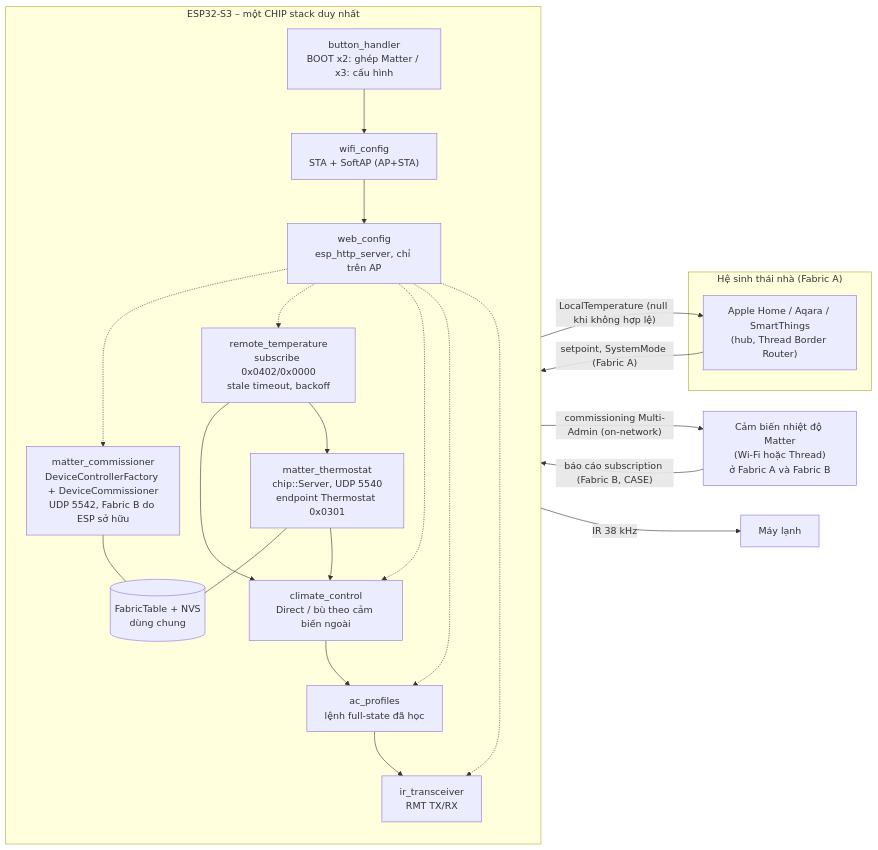
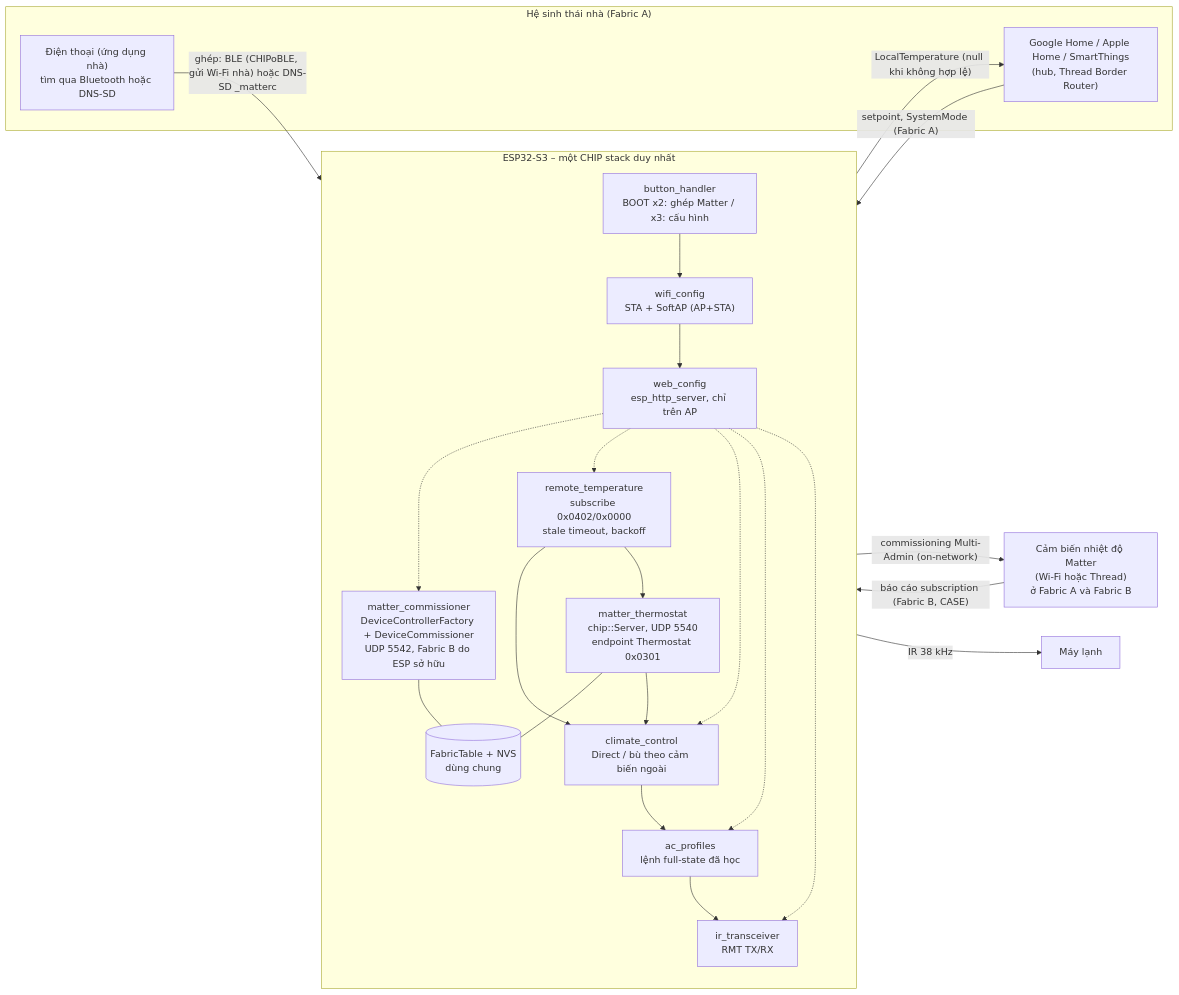
The diagram in README.md (haxeko/air-connditioner-control-matter), drawn with Mermaid before and after one commit. The commit also changed other lines of this file and 19 other files, not shown here.

````diff
--- a/README.md
+++ b/README.md
@@ -42,38 +64,40 @@
 ```mermaid
 flowchart LR
     subgraph Home["Hệ sinh thái nhà (Fabric A)"]
-        HUB["Apple Home / Aqara / SmartThings<br/>(hub, Thread Border Router)"]
+        HUB["Google Home / Apple Home / SmartThings<br/>(hub, Thread Border Router)"]
+        PHONE["Điện thoại (ứng dụng nhà)<br/>tìm qua Bluetooth hoặc DNS-SD"]
     end
     SENSOR["Cảm biến nhiệt độ Matter<br/>(Wi-Fi hoặc Thread)<br/>ở Fabric A và Fabric B"]
 
     subgraph ESP["ESP32-S3 – một CHIP stack duy nhất"]
         direction TB
         SRV["matter_thermostat<br/>chip::Server, UDP 5540<br/>endpoint Thermostat 0x0301"]
         CMR["matter_commissioner<br/>DeviceControllerFactory + DeviceCommissioner<br/>UDP 5542, Fabric B do ESP sở hữu"]
         FT[("FabricTable + NVS<br/>dùng chung")]
         RT["remote_temperature<br/>subscribe 0x0402/0x0000<br/>stale timeout, backoff"]
         CC["climate_control<br/>Direct / bù theo cảm biến ngoài"]
         ACP["ac_profiles<br/>lệnh full-state đã học"]
         IR["ir_transceiver<br/>RMT TX/RX"]
         WIFI["wifi_config<br/>STA + SoftAP (AP+STA)"]
         WEB["web_config<br/>esp_http_server, chỉ trên AP"]
         BTN["button_handler<br/>BOOT x2: ghép Matter / x3: cấu hình"]
     end
 
+    PHONE -- "ghép: BLE (CHIPoBLE, gửi Wi-Fi nhà) hoặc DNS-SD _matterc" --> SRV
     HUB -- "setpoint, SystemMode (Fabric A)" --> SRV
     SRV -- "LocalTemperature (null khi không hợp lệ)" --> HUB
     CMR -- "commissioning Multi-Admin (on-network)" --> SENSOR
     SENSOR -- "báo cáo subscription (Fabric B, CASE)" --> RT
     SRV --- FT
     CMR --- FT
     RT --> CC
     RT --> SRV
     SRV --> CC
     CC --> ACP --> IR -- "IR 38 kHz" --> AC["Máy lạnh"]
     BTN --> WIFI --> WEB
     WEB -.-> CMR
     WEB -.-> RT
     WEB -.-> CC
     WEB -.-> ACP
     WEB -.-> IR
 ```
````
